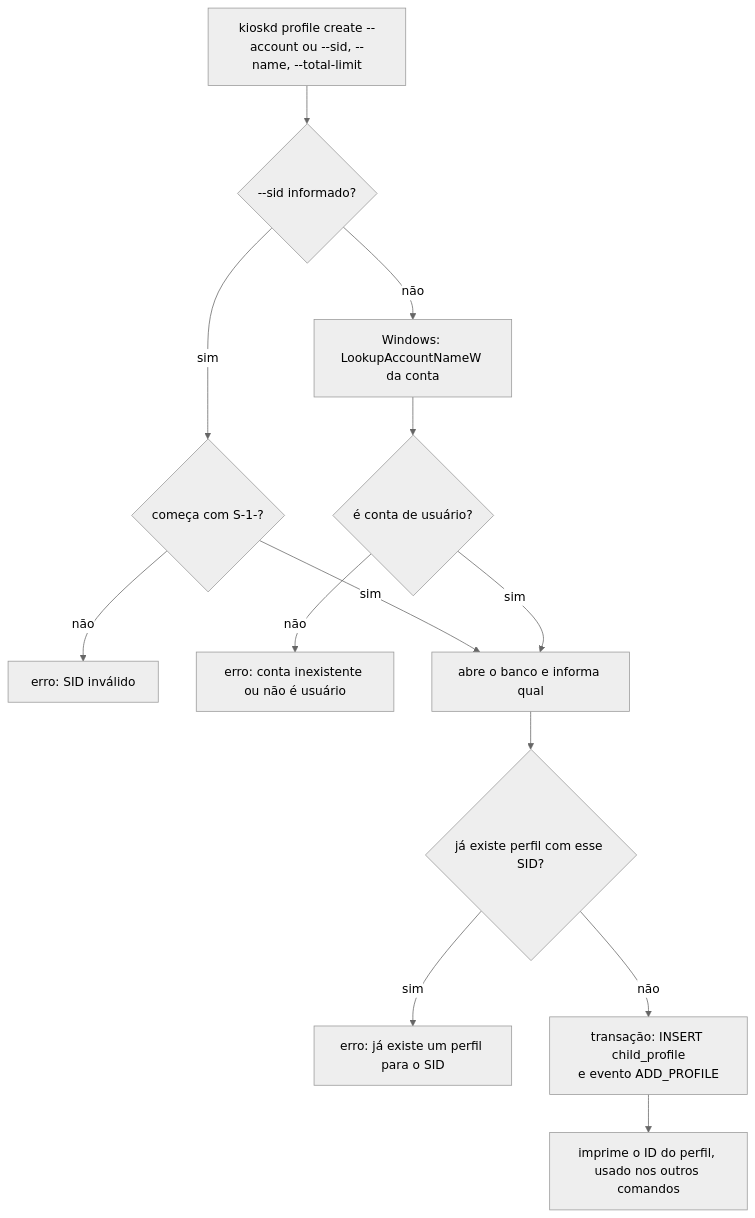
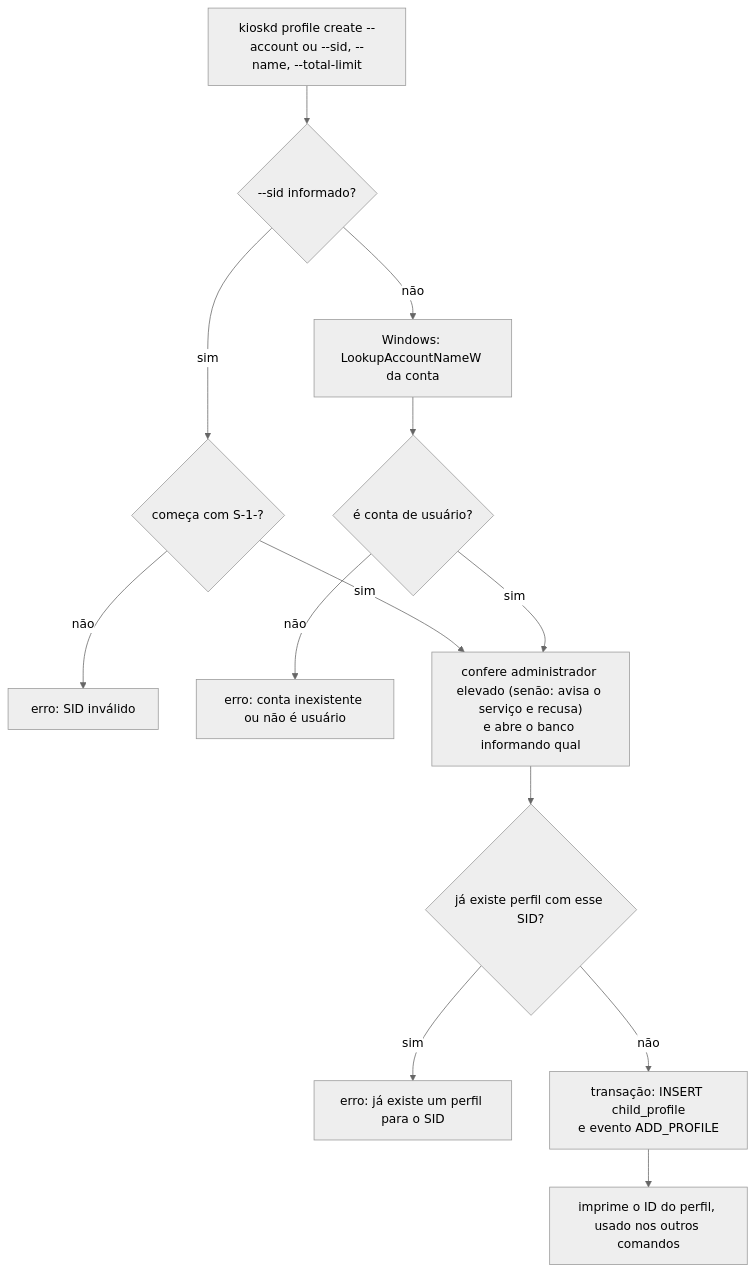
Before and after one commit to jefersonlop3s/kiosk-engine: the seventh of 28 diagrams in docs/architecture/fluxos-dos-comandos.md, drawn with Mermaid (neutral theme). The commit also changed other lines of this file and 22 other files, not shown here.

````diff
--- a/docs/architecture/fluxos-dos-comandos.md
+++ b/docs/architecture/fluxos-dos-comandos.md
@@ -129,15 +131,15 @@
 ```mermaid
 flowchart TD
     A["kioskd profile create --account ou --sid, --name, --total-limit"] --> B{"--sid informado?"}
     B -->|sim| C{"começa com S-1-?"}
     C -->|não| E1["erro: SID inválido"]
     B -->|não| D["Windows: LookupAccountNameW da conta"]
     D --> D2{"é conta de usuário?"}
     D2 -->|não| E2["erro: conta inexistente ou não é usuário"]
-    C -->|sim| F["abre o banco e informa qual"]
+    C -->|sim| F["confere administrador elevado (senão: avisa o serviço e recusa)<br/>e abre o banco informando qual"]
     D2 -->|sim| F
     F --> G{"já existe perfil com esse SID?"}
     G -->|sim| E3["erro: já existe um perfil para o SID"]
     G -->|não| H["transação: INSERT child_profile<br/>e evento ADD_PROFILE"]
     H --> I["imprime o ID do perfil, usado nos outros comandos"]
 ```
````
